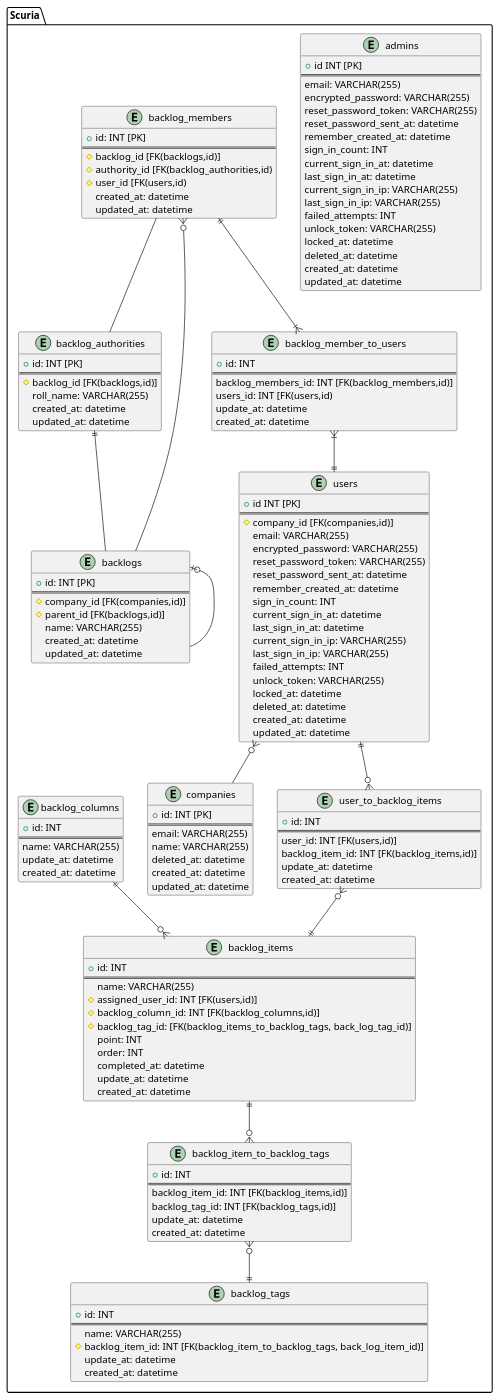
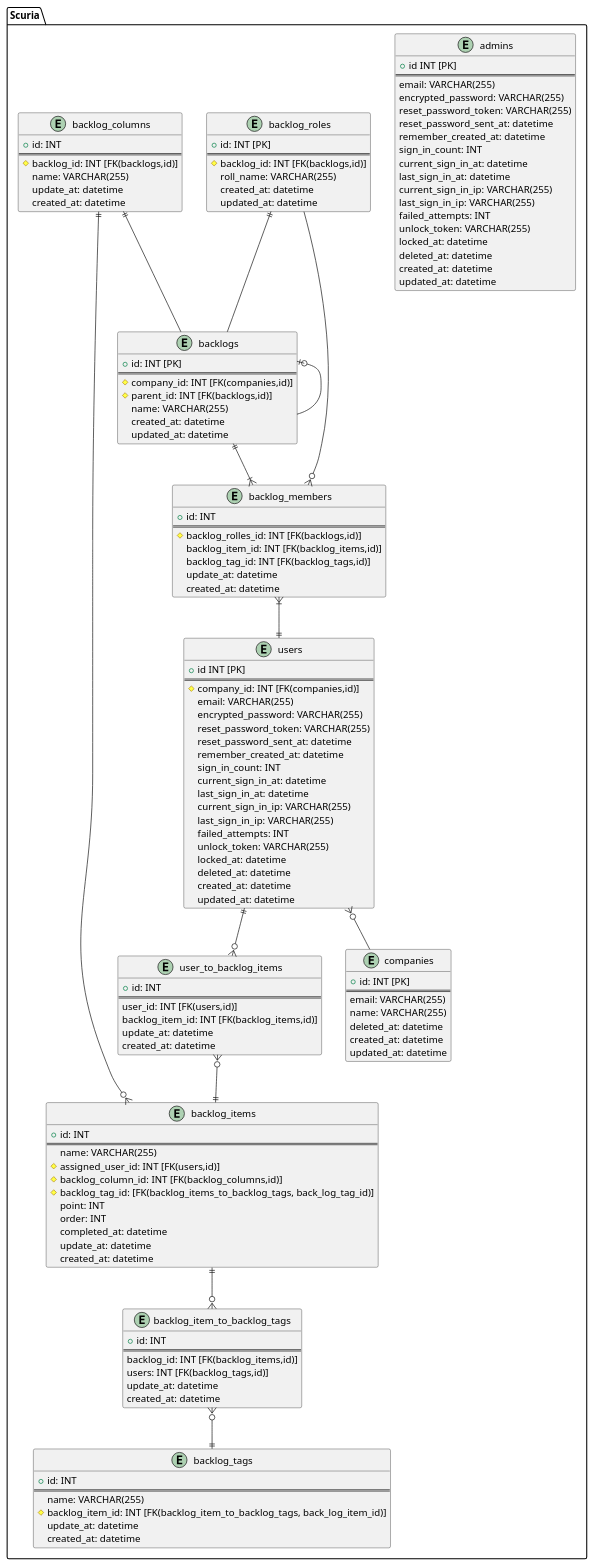
One commit to slill33/Scuria changed the diagram in docs/er.pu. Above: the diagram before and after it, drawn with PlantUML. The commit also changed 1 other file, not shown here.

```diff
--- a/docs/er.pu
+++ b/docs/er.pu
@@ -1,170 +1,165 @@
 @startuml
 
 ' hide the spot
 ' hide circle
 
 ' avoid problems with angled crows feet
 ' skinparam linetype ortho
 
 
 package "Scuria" {
   entity "users" {
     + id INT [PK]
     ==
-    # company_id [FK(companies,id)]
+    # company_id: INT [FK(companies,id)]
     email: VARCHAR(255)
     encrypted_password: VARCHAR(255)
     reset_password_token: VARCHAR(255)
     reset_password_sent_at: datetime
     remember_created_at: datetime
     sign_in_count: INT
     current_sign_in_at: datetime
     last_sign_in_at: datetime
     current_sign_in_ip: VARCHAR(255)
     last_sign_in_ip: VARCHAR(255)
     failed_attempts: INT
     unlock_token: VARCHAR(255)
     locked_at: datetime
     deleted_at: datetime
     created_at: datetime
     updated_at: datetime
   }
 
   entity "admins" {
      + id INT [PK]
     ==
     email: VARCHAR(255)
     encrypted_password: VARCHAR(255)
     reset_password_token: VARCHAR(255)
     reset_password_sent_at: datetime
     remember_created_at: datetime
     sign_in_count: INT
     current_sign_in_at: datetime
     last_sign_in_at: datetime
     current_sign_in_ip: VARCHAR(255)
     last_sign_in_ip: VARCHAR(255)
     failed_attempts: INT
     unlock_token: VARCHAR(255)
     locked_at: datetime
     deleted_at: datetime
     created_at: datetime
     updated_at: datetime
   }
 
   entity "companies" {
     + id: INT [PK]
     ==
     email: VARCHAR(255)
     name: VARCHAR(255)
     deleted_at: datetime
     created_at: datetime
     updated_at: datetime
   }
 
-  entity "backlog_authorities" {
+  entity "backlog_roles" {
     + id: INT [PK]
     ==
-    # backlog_id [FK(backlogs,id)]
+    # backlog_id: INT [FK(backlogs,id)]
     roll_name: VARCHAR(255)
     created_at: datetime
     updated_at: datetime
   }
 
+
   entity "backlogs" {
     + id: INT [PK]
     ==
-    # company_id [FK(companies,id)]
-    # parent_id [FK(backlogs,id)] 
+    # company_id: INT [FK(companies,id)]
+    # parent_id: INT [FK(backlogs,id)] 
     name: VARCHAR(255)
     created_at: datetime
     updated_at: datetime 
   }
 
-  entity "backlog_members" {
-    + id: INT [PK]
-    ==
-    # backlog_id [FK(backlogs,id)]
-    # authority_id [FK(backlog_authorities,id)
-    # user_id [FK(users,id) 
-    created_at: datetime
-    updated_at: datetime
-  }
-
   entity "backlog_columns" {
     +id: INT
     ==
+    # backlog_id: INT [FK(backlogs,id)]
     name: VARCHAR(255)
     update_at: datetime
     created_at: datetime
   }
 
 
   entity "backlog_items" {
     +id: INT
     ==
     name: VARCHAR(255)
     # assigned_user_id: INT [FK(users,id)]
     # backlog_column_id: INT [FK(backlog_columns,id)]
     # backlog_tag_id: [FK(backlog_items_to_backlog_tags, back_log_tag_id)]
     point: INT
     order: INT
     completed_at: datetime
     update_at: datetime
     created_at: datetime
   }
 
   entity "backlog_item_to_backlog_tags" {
     +id: INT
     ==
-    backlog_item_id: INT [FK(backlog_items,id)]
-    backlog_tag_id: INT [FK(backlog_tags,id)]
+    backlog_id: INT [FK(backlog_items,id)]
+    users: INT [FK(backlog_tags,id)]
     update_at: datetime
     created_at: datetime
   }
-  entity "backlog_member_to_users" {
+
+
+  entity "backlog_members" {
     +id: INT
     ==
-    backlog_members_id: INT [FK(backlog_members,id)]
-    users_id: INT [FK(users,id)
+    # backlog_rolles_id: INT [FK(backlogs,id)]
+    backlog_item_id: INT [FK(backlog_items,id)]
+    backlog_tag_id: INT [FK(backlog_tags,id)]
     update_at: datetime
     created_at: datetime
   }
 
   entity "backlog_tags" {
     +id: INT
     ==
     name: VARCHAR(255)
     # backlog_item_id: INT [FK(backlog_item_to_backlog_tags, back_log_item_id)]
     update_at: datetime
     created_at: datetime
   }
 
   entity "user_to_backlog_items" {
     +id: INT
     ==
     user_id: INT [FK(users,id)]
     backlog_item_id: INT [FK(backlog_items,id)]
     update_at: datetime
     created_at: datetime
   }
 
 
   users }o-- companies
-  backlog_authorities ||-- backlogs
+  backlog_roles ||-- backlogs
   backlogs |o-- backlogs
-  backlog_members }o-- backlogs
-  backlog_members -- backlog_authorities
 
+  backlog_columns ||-- backlogs
   backlog_columns ||--o{ backlog_items
   backlog_items ||--o{ backlog_item_to_backlog_tags
   backlog_item_to_backlog_tags }o--||backlog_tags
-  backlog_members ||--|{ backlog_member_to_users
-  backlog_member_to_users}|--||users
+  backlogs ||--|{ backlog_members
+  backlog_members}|--||users
 
+  backlog_roles --o{ backlog_members
   users ||--o{ user_to_backlog_items
   user_to_backlog_items }o--|| backlog_items
 
 }
 
 
 @enduml
```
